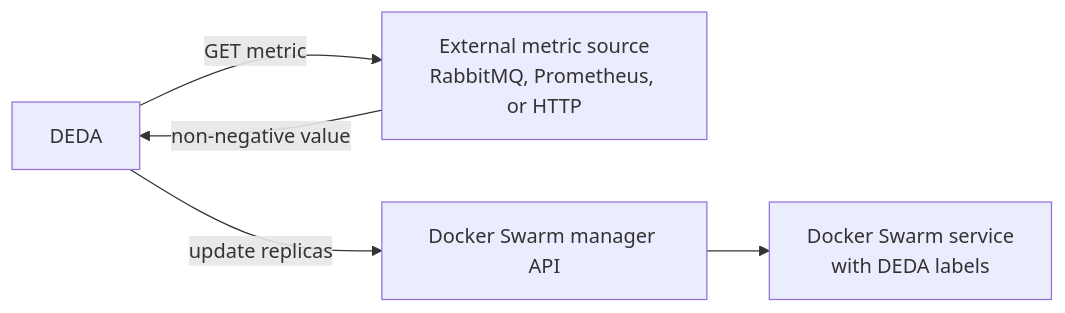
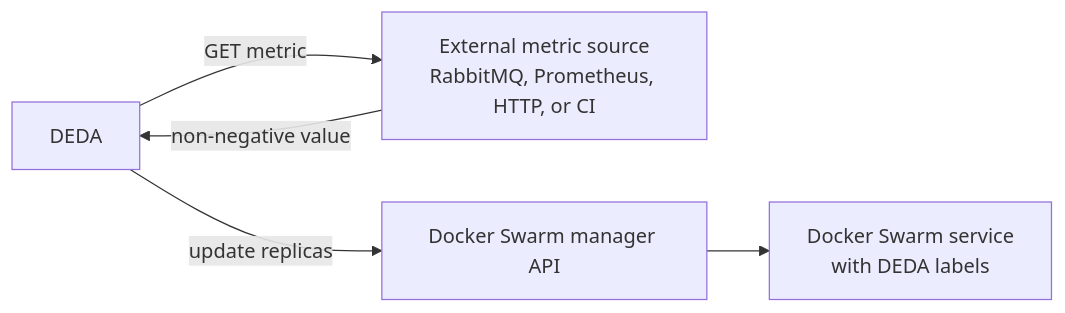
Before and after one commit to mikara89/deda: the diagram in docs/getting-started.md, drawn with Mermaid. The commit also changed 8 other files, not shown here.

````diff
--- a/docs/getting-started.md
+++ b/docs/getting-started.md
@@ -7,12 +7,12 @@
 ```mermaid
 flowchart LR
     Service[Docker Swarm service<br/>with DEDA labels]
     DEDA[DEDA]
-    Metric[External metric source<br/>RabbitMQ, Prometheus, or HTTP]
+    Metric[External metric source<br/>RabbitMQ, Prometheus, HTTP, or CI]
     Swarm[Docker Swarm manager API]
 
     DEDA -->|GET metric| Metric
     Metric -->|non-negative value| DEDA
     DEDA -->|update replicas| Swarm
     Swarm --> Service
 ```
````
